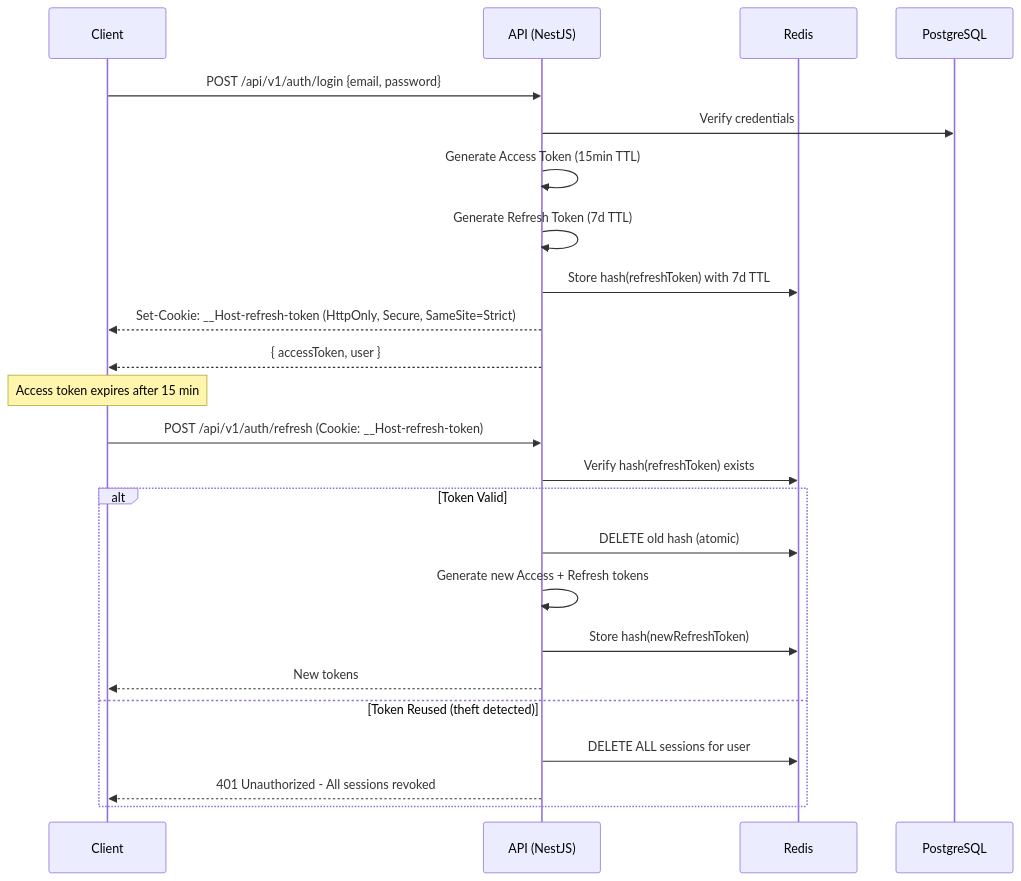
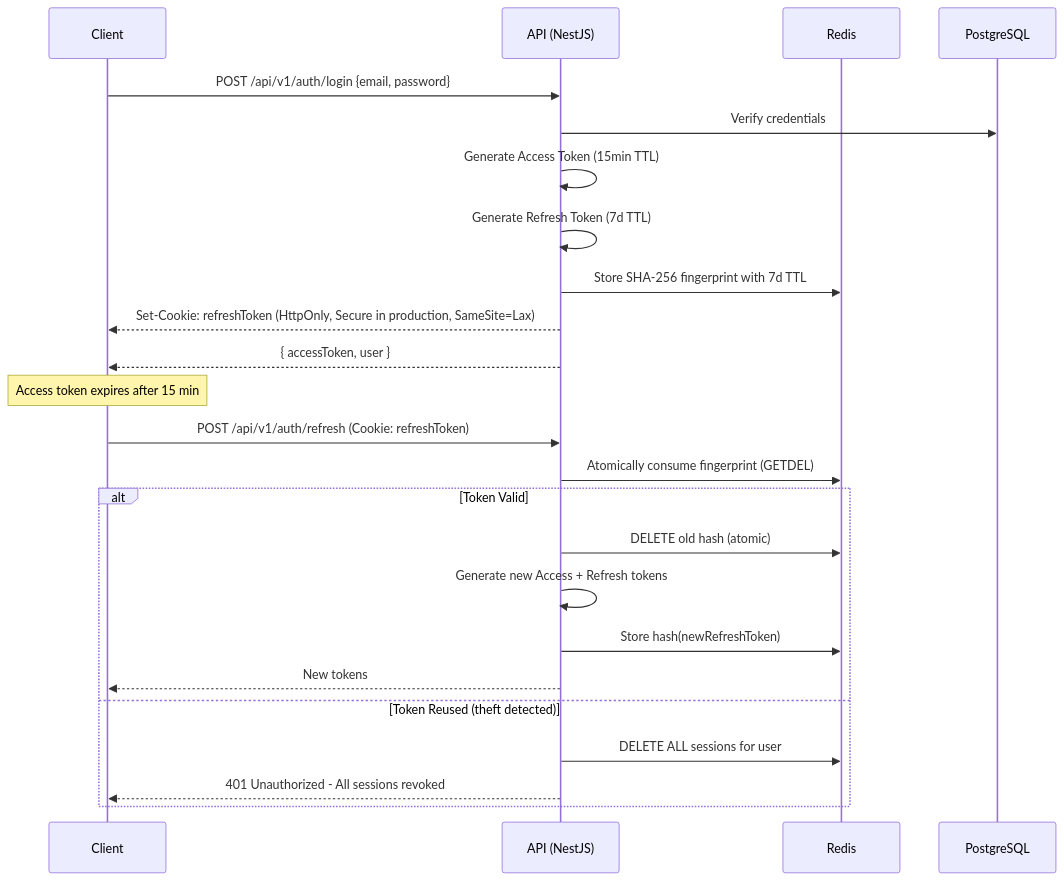
The first of 2 diagrams in docs/architecture/security_architecture.md (MasRizqi07/warkop-yareh), drawn with Mermaid before and after one commit. The commit also changed other lines of this file and 70 other files, not shown here.

````diff
--- a/docs/architecture/security_architecture.md
+++ b/docs/architecture/security_architecture.md
@@ -7,28 +9,28 @@
 ```mermaid
 sequenceDiagram
     participant C as Client
     participant A as API (NestJS)
     participant R as Redis
     participant DB as PostgreSQL
 
     C->>A: POST /api/v1/auth/login {email, password}
     A->>DB: Verify credentials
     A->>A: Generate Access Token (15min TTL)
     A->>A: Generate Refresh Token (7d TTL)
-    A->>R: Store hash(refreshToken) with 7d TTL
-    A-->>C: Set-Cookie: __Host-refresh-token (HttpOnly, Secure, SameSite=Strict)
+    A->>R: Store SHA-256 fingerprint with 7d TTL
+    A-->>C: Set-Cookie: refreshToken (HttpOnly, Secure in production, SameSite=Lax)
     A-->>C: { accessToken, user }
 
     Note over C: Access token expires after 15 min
-    C->>A: POST /api/v1/auth/refresh (Cookie: __Host-refresh-token)
-    A->>R: Verify hash(refreshToken) exists
+    C->>A: POST /api/v1/auth/refresh (Cookie: refreshToken)
+    A->>R: Atomically consume fingerprint (GETDEL)
     alt Token Valid
         A->>R: DELETE old hash (atomic)
         A->>A: Generate new Access + Refresh tokens
         A->>R: Store hash(newRefreshToken)
         A-->>C: New tokens
     else Token Reused (theft detected)
         A->>R: DELETE ALL sessions for user
         A-->>C: 401 Unauthorized - All sessions revoked
     end
 ```
````
